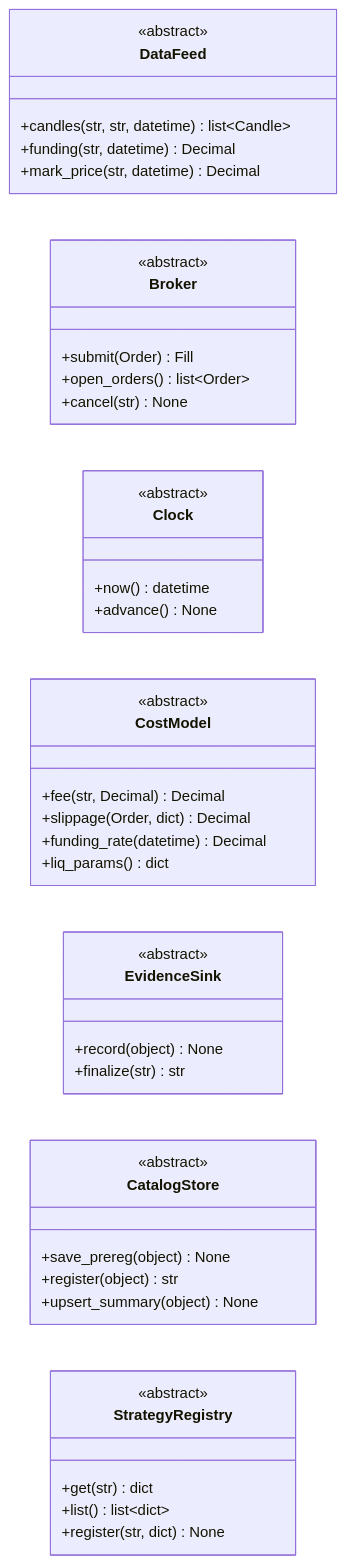
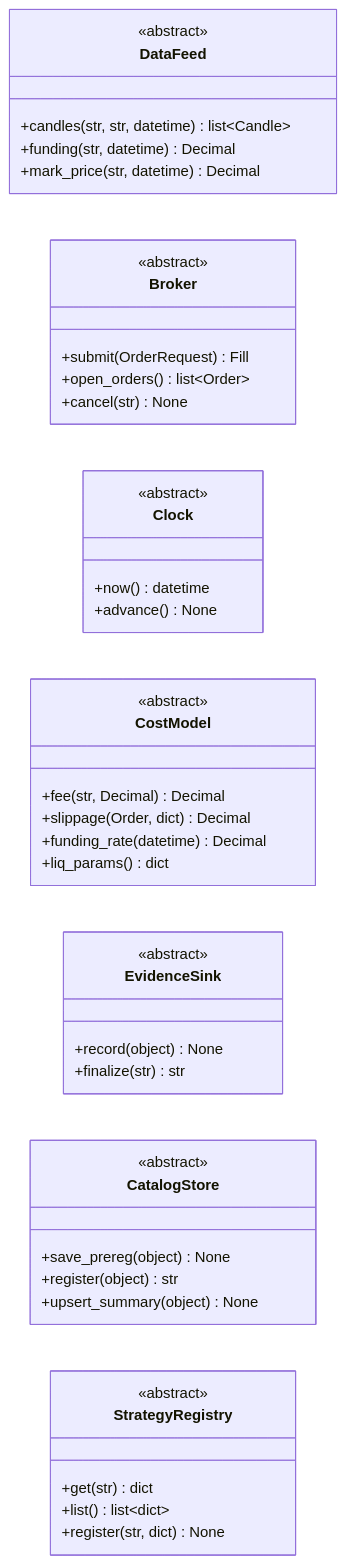
One commit to vessel35/trading-system-v2 changed diagram 15 of 17 in docs/fullspec/backtest_v2_detailed_design.md. Above: the diagram before and after it, drawn with Mermaid. The commit also changed other lines of this file, not shown here.

````diff
--- a/docs/fullspec/backtest_v2_detailed_design.md
+++ b/docs/fullspec/backtest_v2_detailed_design.md
@@ -2188,45 +2238,45 @@
 ```mermaid
 classDiagram
     direction LR
     class DataFeed {
         <<abstract>>
         +candles(str, str, datetime) list~Candle~
         +funding(str, datetime) Decimal
         +mark_price(str, datetime) Decimal
     }
     class Broker {
         <<abstract>>
-        +submit(Order) Fill
+        +submit(OrderRequest) Fill
         +open_orders() list~Order~
         +cancel(str) None
     }
     class Clock {
         <<abstract>>
         +now() datetime
         +advance() None
     }
     class CostModel {
         <<abstract>>
         +fee(str, Decimal) Decimal
         +slippage(Order, dict) Decimal
         +funding_rate(datetime) Decimal
         +liq_params() dict
     }
     class EvidenceSink {
         <<abstract>>
         +record(object) None
         +finalize(str) str
     }
     class CatalogStore {
         <<abstract>>
         +save_prereg(object) None
         +register(object) str
         +upsert_summary(object) None
     }
     class StrategyRegistry {
         <<abstract>>
         +get(str) dict
         +list() list~dict~
         +register(str, dict) None
     }
 ```
````
